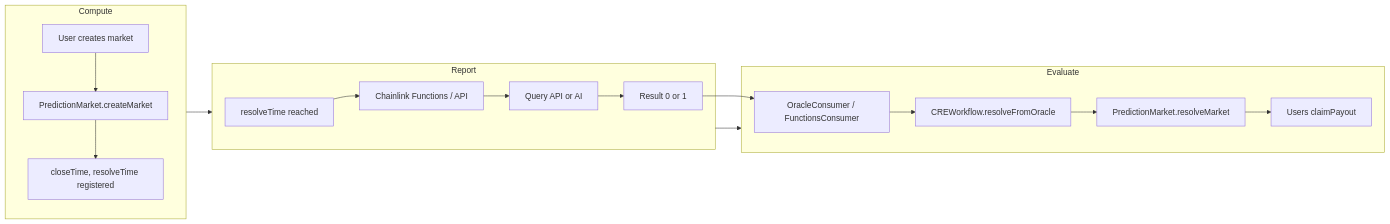
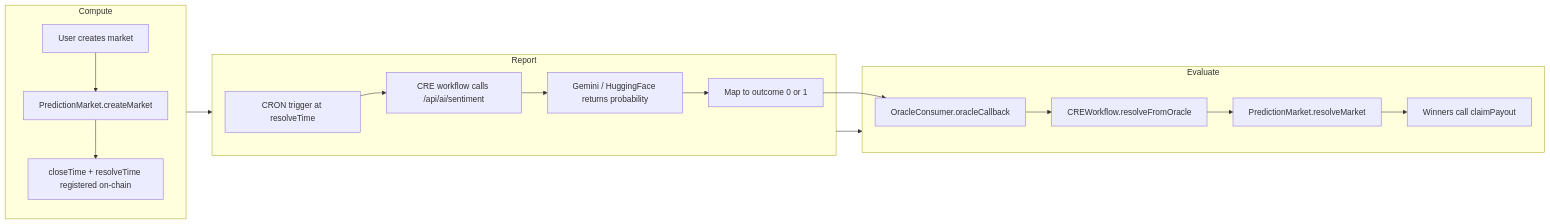
One commit to Quantumquirkz/PraesagiumChain changed the second of 5 diagrams in README.md. Above: the diagram before and after it, drawn with Mermaid. The commit also changed other lines of this file and 8 other files, not shown here.

````diff
--- a/README.md
+++ b/README.md
@@ -120,19 +111,19 @@
 ```mermaid
 flowchart LR
-    subgraph Compute["Compute"]
+    subgraph compute [Compute]
         A[User creates market] --> B[PredictionMarket.createMarket]
-        B --> C[closeTime, resolveTime registered]
+        B --> C[closeTime + resolveTime registered on-chain]
     end
-    subgraph Report["Report"]
-        D[resolveTime reached] --> E[Chainlink Functions / API]
-        E --> F[Query API or AI]
-        F --> G[Result 0 or 1]
+    subgraph report [Report]
+        D[CRON trigger at resolveTime] --> E[CRE workflow calls /api/ai/sentiment]
+        E --> F[Gemini / HuggingFace returns probability]
+        F --> G[Map to outcome 0 or 1]
     end
-    subgraph Evaluate["Evaluate"]
-        G --> H[OracleConsumer / FunctionsConsumer]
+    subgraph evaluate [Evaluate]
+        G --> H[OracleConsumer.oracleCallback]
         H --> I[CREWorkflow.resolveFromOracle]
         I --> J[PredictionMarket.resolveMarket]
-        J --> K[Users claimPayout]
+        J --> K[Winners call claimPayout]
     end
-    Compute --> Report --> Evaluate
+    compute --> report --> evaluate
 ```
````
